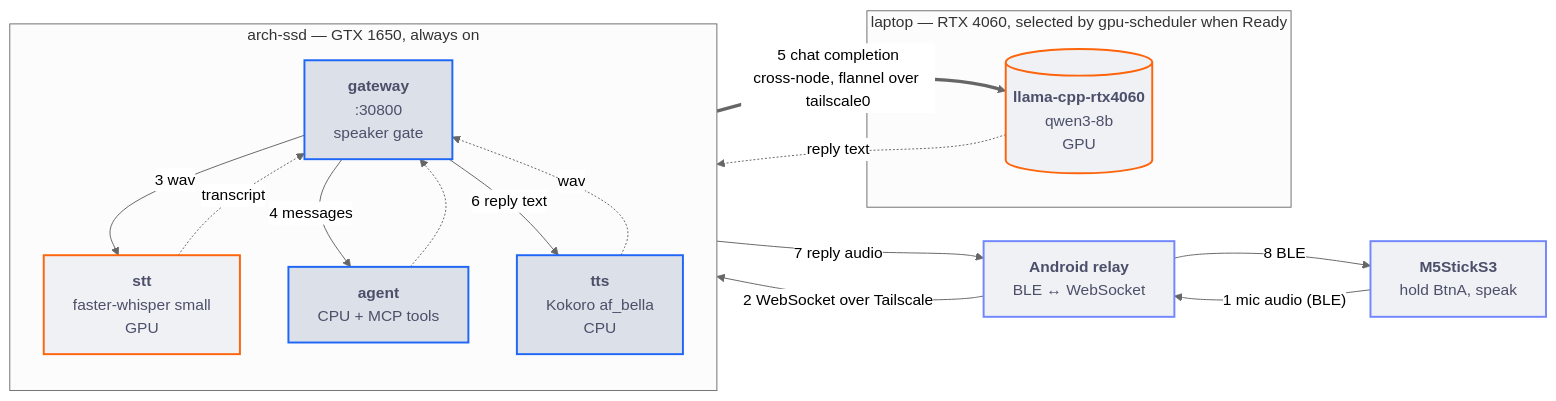
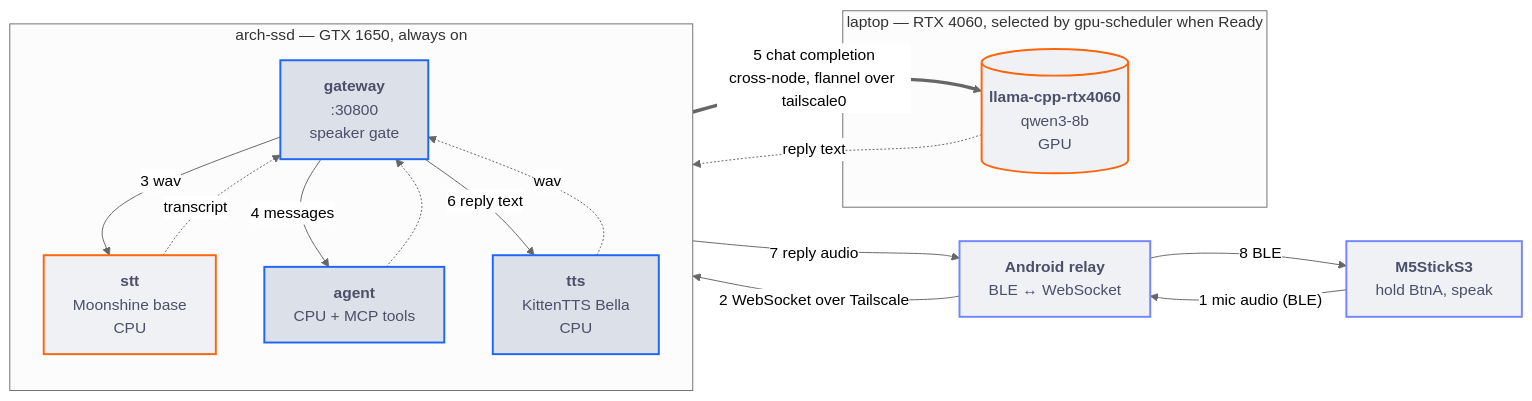
Before and after one commit to adixg/ai-companion: the fourth of 4 diagrams in README.md, drawn with Mermaid (neutral theme). The commit also changed other lines of this file and 8 other files, not shown here.

First line of the commit message:
Deploy moonshine + kitten; real device captures in the README

````diff
--- a/README.md
+++ b/README.md
@@ -214,37 +217,37 @@
 ```mermaid
 flowchart LR
     stick["<b>M5StickS3</b><br>hold BtnA, speak"]
     phone["<b>Android relay</b><br>BLE ↔ WebSocket"]
 
     subgraph ssd["arch-ssd — GTX 1650, always on"]
         direction TB
         gw["<b>gateway</b><br>:30800<br>speaker gate"]
-        stt["<b>stt</b><br>faster-whisper small<br>GPU"]
+        stt["<b>stt</b><br>Moonshine base<br>CPU"]
         agent["<b>agent</b><br>CPU + MCP tools"]
-        tts["<b>tts</b><br>Kokoro af_bella<br>CPU"]
+        tts["<b>tts</b><br>KittenTTS Bella<br>CPU"]
     end
 
     subgraph lap["laptop — RTX 4060, selected by gpu-scheduler when Ready"]
         llm[("<b>llama-cpp-rtx4060</b><br>qwen3-8b<br>GPU")]
     end
 
     stick -->|"1 mic audio (BLE)"| phone
     phone -->|"2 WebSocket over Tailscale"| gw
     gw -->|"3 wav"| stt
     stt -.->|transcript| gw
     gw -->|"4 messages"| agent
     agent ==>|"5 chat completion<br>cross-node, flannel over tailscale0"| llm
     llm -.->|reply text| agent
     agent -.-> gw
     gw -->|"6 reply text"| tts
     tts -.->|wav| gw
     gw -->|"7 reply audio"| phone
     phone -->|"8 BLE"| stick
 
     classDef dev fill:#eff1f5,stroke:#7287fd,stroke-width:2px,color:#4c4f69
     classDef svc fill:#dce0e8,stroke:#1e66f5,stroke-width:2px,color:#4c4f69
     classDef gpu fill:#eff1f5,stroke:#fe640b,stroke-width:2px,color:#4c4f69
     class stick,phone dev
     class gw,agent,tts svc
     class stt,llm gpu
 ```
````
